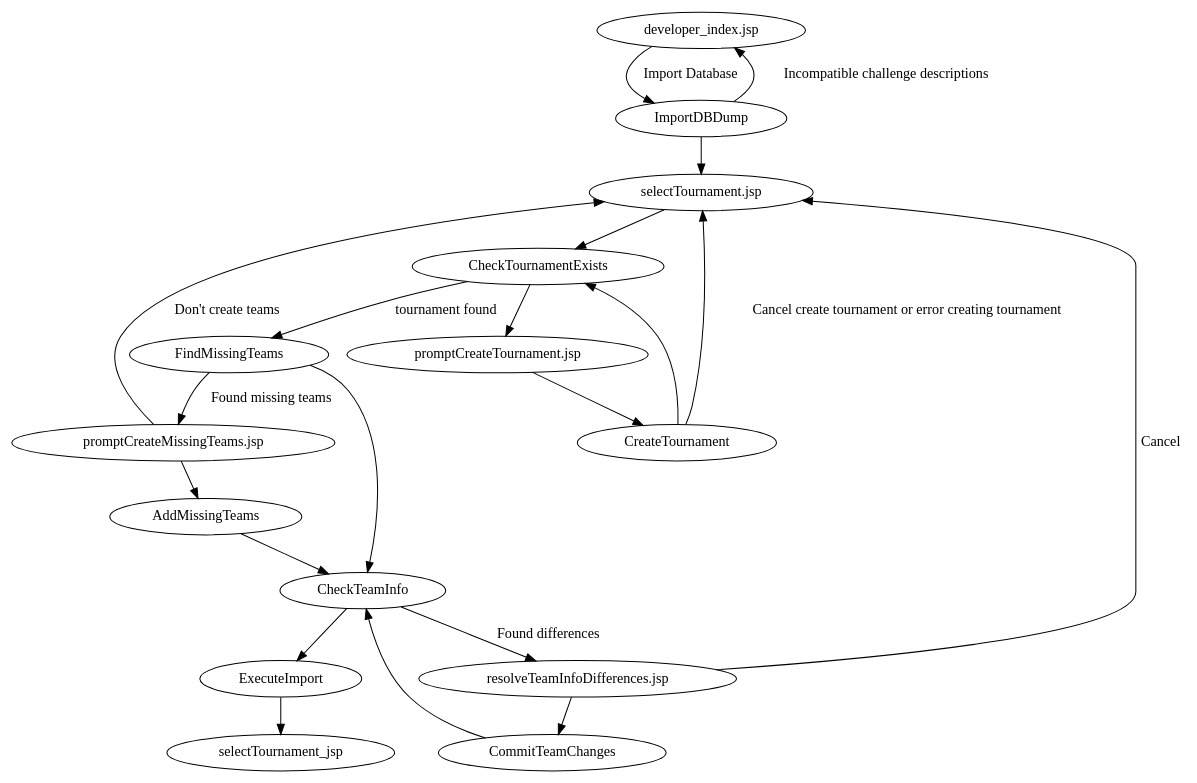
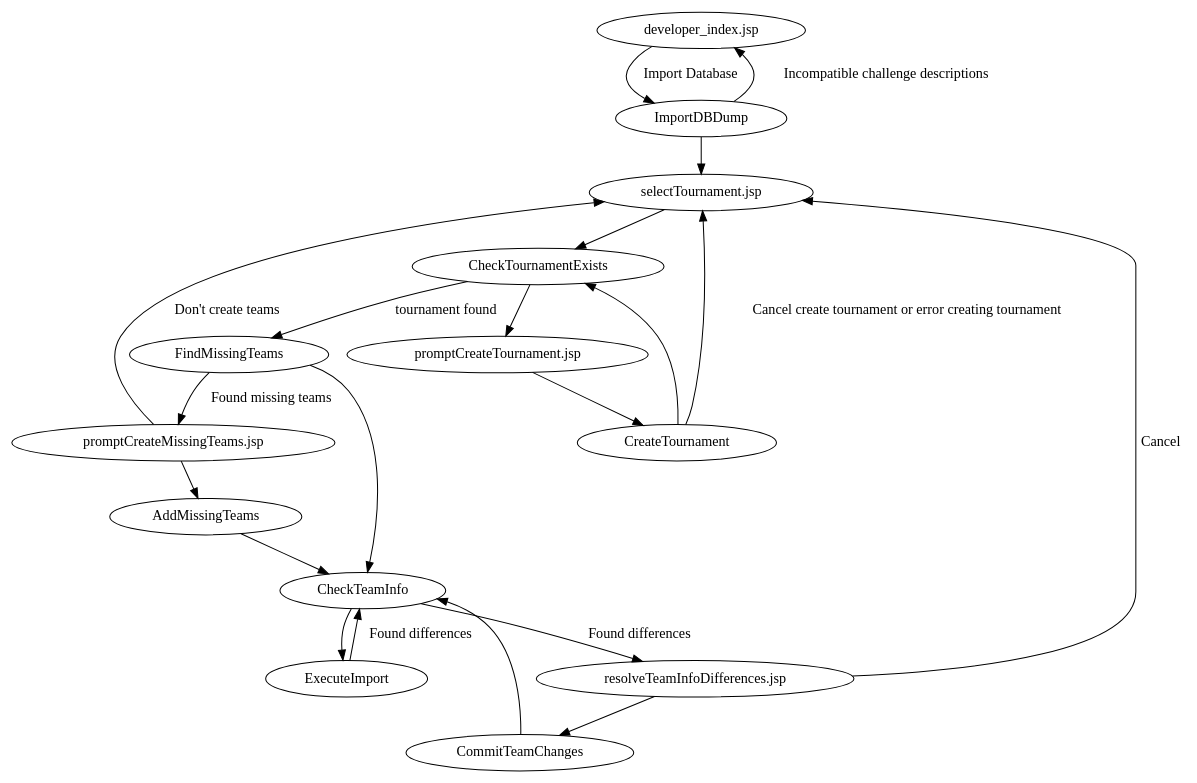
The diagram in scoring/docs/workflows/import_database.dot (jpschewe/fll-sw), drawn with Graphviz before and after one commit. The commit also changed 14 other files, not shown here.

```diff
--- a/scoring/docs/workflows/import_database.dot
+++ b/scoring/docs/workflows/import_database.dot
@@ -1,43 +1,43 @@
 digraph import_database {
 
 "developer_index.jsp" -> ImportDBDump [label="Import Database"];
 
 ImportDBDump -> "selectTournament.jsp";
 
 ImportDBDump -> "developer_index.jsp" [label="Incompatible challenge descriptions"]
 
 "selectTournament.jsp" -> CheckTournamentExists;
 
 CheckTournamentExists -> "promptCreateTournament.jsp";
 
 CheckTournamentExists -> FindMissingTeams [label="tournament found"];
 
 "promptCreateTournament.jsp" -> CreateTournament;
 
 CreateTournament -> "selectTournament.jsp" [label="Cancel create tournament or error creating tournament"];
 
 CreateTournament -> CheckTournamentExists;
 
 FindMissingTeams -> CheckTeamInfo;
 
 FindMissingTeams -> "promptCreateMissingTeams.jsp" [label="Found missing teams"];
 
 "promptCreateMissingTeams.jsp" -> AddMissingTeams;
 
 "promptCreateMissingTeams.jsp" -> "selectTournament.jsp" [label="Don't create teams"];
 
 AddMissingTeams -> CheckTeamInfo;
 
 CheckTeamInfo -> ExecuteImport;
 
 CheckTeamInfo -> "resolveTeamInfoDifferences.jsp" [label="Found differences"];
 
 "resolveTeamInfoDifferences.jsp" -> CommitTeamChanges;
 
 "resolveTeamInfoDifferences.jsp" -> "selectTournament.jsp" [label="Cancel"];
 
 CommitTeamChanges -> CheckTeamInfo;
 
-ExecuteImport -> selectTournament_jsp;
+ExecuteImport -> CheckTeamInfo [label="Found differences"];
 
 }
```
